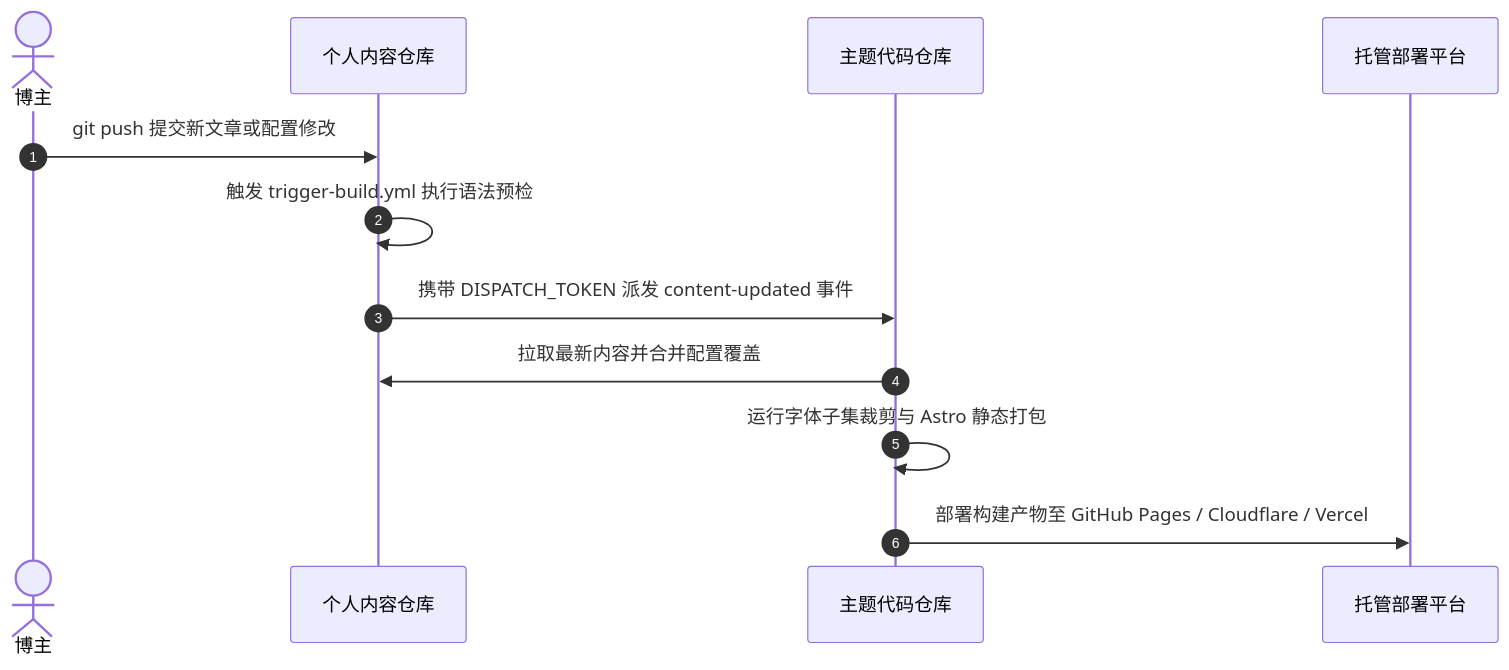
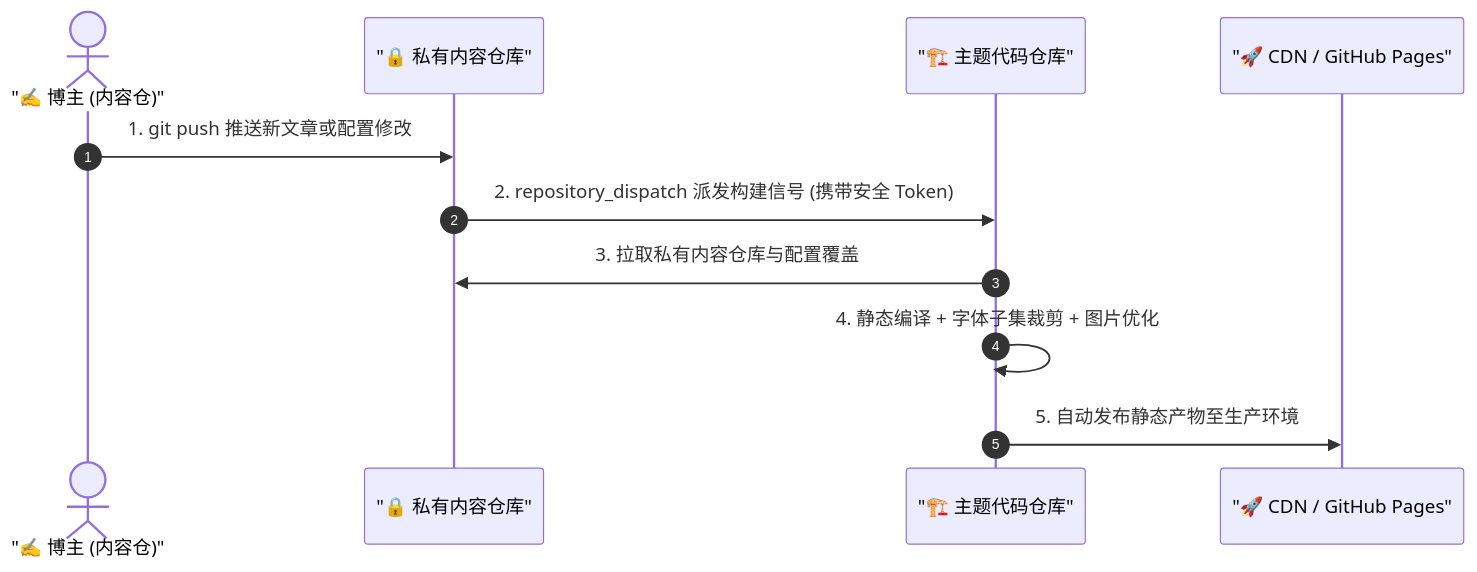
The diagram in docs/guide/content-separation/ci-dispatch/README.md (LyraVoid/Shirone-Docs), drawn with Mermaid before and after one commit. The commit also changed other lines of this file and 15 other files, not shown here.

````diff
--- a/docs/guide/content-separation/ci-dispatch/README.md
+++ b/docs/guide/content-separation/ci-dispatch/README.md
@@ -13,15 +13,14 @@
 ```mermaid
 sequenceDiagram
     autonumber
-    actor Author as 博主
-    participant ContentRepo as 个人内容仓库
-    participant ThemeRepo as 主题代码仓库
-    participant DeployHost as 托管部署平台
+    actor Author as "✍️ 博主 (内容仓)"
+    participant ContentRepo as "🔒 私有内容仓库"
+    participant ThemeRepo as "🏗️ 主题代码仓库"
+    participant DeployTarget as "🚀 CDN / GitHub Pages"
 
-    Author->>ContentRepo: git push 提交新文章或配置修改
-    ContentRepo->>ContentRepo: 触发 trigger-build.yml 执行语法预检
-    ContentRepo->>ThemeRepo: 携带 DISPATCH_TOKEN 派发 content-updated 事件
-    ThemeRepo->>ContentRepo: 拉取最新内容并合并配置覆盖
-    ThemeRepo->>ThemeRepo: 运行字体子集裁剪与 Astro 静态打包
-    ThemeRepo->>DeployHost: 部署构建产物至 GitHub Pages / Cloudflare / Vercel
+    Author->>ContentRepo: 1. git push 推送新文章或配置修改
+    ContentRepo->>ThemeRepo: 2. repository_dispatch 派发构建信号 (携带安全 Token)
+    ThemeRepo->>ContentRepo: 3. 拉取私有内容仓库与配置覆盖
+    ThemeRepo->>ThemeRepo: 4. 静态编译 + 字体子集裁剪 + 图片优化
+    ThemeRepo->>DeployTarget: 5. 自动发布静态产物至生产环境
 ```
````
